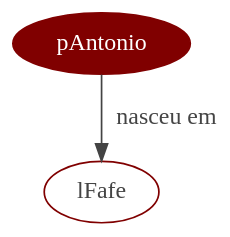
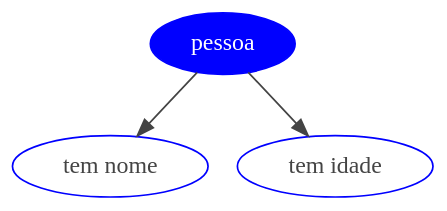
One commit to MiguelCosta/EngenhariaDeLinguagens changed the diagram in EG/ExerciciosParaAvaliacao/Ex5/WebSite/x2.gv. Above: the diagram before and after it, drawn with Graphviz. The commit also changed 7 other files, not shown here.

```diff
--- a/EG/ExerciciosParaAvaliacao/Ex5/WebSite/x2.gv
+++ b/EG/ExerciciosParaAvaliacao/Ex5/WebSite/x2.gv
@@ -1,8 +1,10 @@
 
-digraph mainmap2 {graph [bgcolor=transparent];"pAntonio" [URL="instancia.php?instancia=pAntonio", 
-		color ="#800000",
+		digraph mainmap2 {graph [bgcolor=transparent];"pessoa" [URL="conceito.php?conceito=pessoa", 
+		color = blue,
 		fontcolor = white,
 		style = filled,];
-"lFafe" [color="#800000", fontcolor="#444444", URL="instancia.php?instancia=lFafe"];
- "pAntonio" -> "lFafe" [label="nasceu em", color="#444444", fontcolor="#444444"];
+"tem nome" [color="blue", fontcolor="#444444"];
+ "pessoa" -> "tem nome" [color="#444444", fontcolor="#444444"];
+"tem idade" [color="blue", fontcolor="#444444"];
+ "pessoa" -> "tem idade" [color="#444444", fontcolor="#444444"];
 }
```
